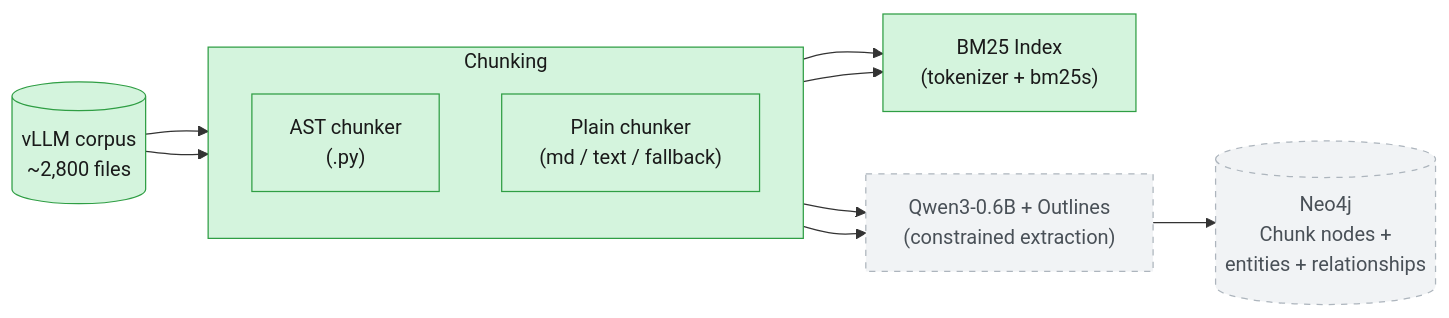
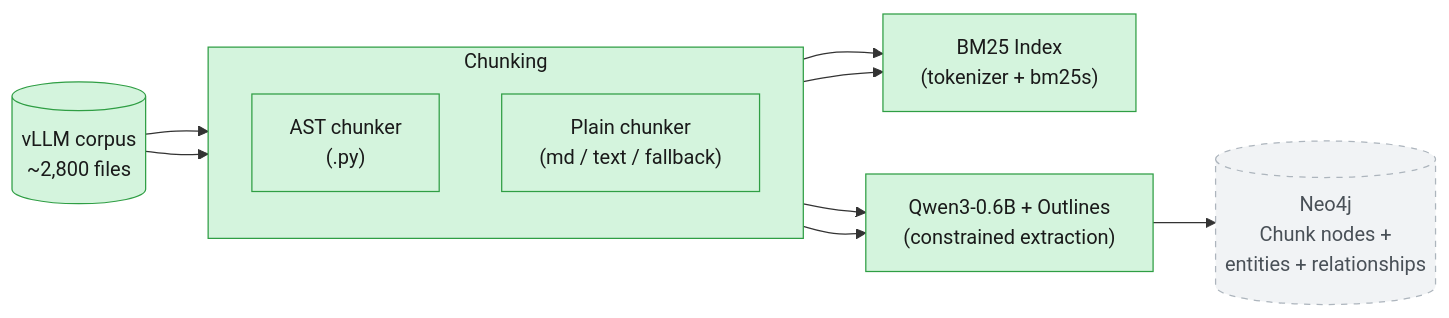
The first of 2 diagrams in README.md (DimYiannis/Constrained-GraphRag), drawn with Mermaid before and after one commit. The commit also changed 1 other file, not shown here.

Commit message:
build instance of driver and check connectivity, next step is to query a graph

````diff
--- a/README.md
+++ b/README.md
@@ -42,28 +42,28 @@
 ```mermaid
 flowchart LR
     corpus[("vLLM corpus<br/>~2,800 files")]
 
     subgraph chunking["Chunking"]
         direction TB
         ast["AST chunker<br/>(.py)"]
         plain["Plain chunker<br/>(md / text / fallback)"]
     end
 
     bm25["BM25 Index<br/>(tokenizer + bm25s)"]
     qwen["Qwen3-0.6B + Outlines<br/>(constrained extraction)"]
     neodb[("Neo4j<br/>Chunk nodes +<br/>entities + relationships")]
 
     corpus --> ast
     corpus --> plain
     ast --> bm25
     plain --> bm25
     ast --> qwen
     plain --> qwen
     qwen --> neodb
 
     classDef done fill:#d4f4dd,stroke:#2f9e44,color:#1a1a1a;
     classDef planned fill:#f1f3f5,stroke:#adb5bd,color:#495057,stroke-dasharray: 5 5;
 
-    class corpus,chunking,ast,plain,bm25 done;
-    class qwen,neodb planned;
+    class corpus,chunking,ast,plain,bm25,qwen done;
+    class neodb planned;
 ```
````
